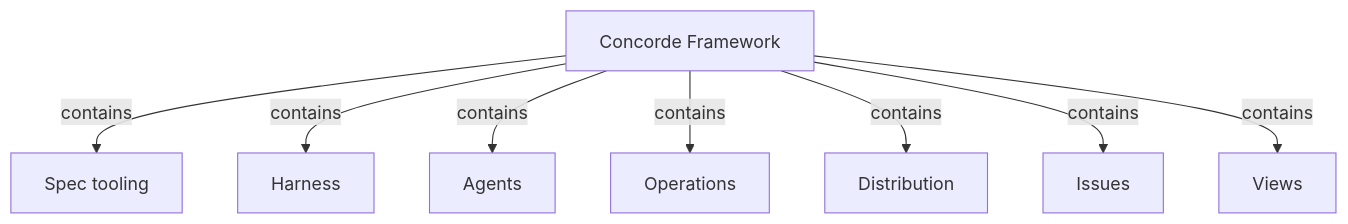
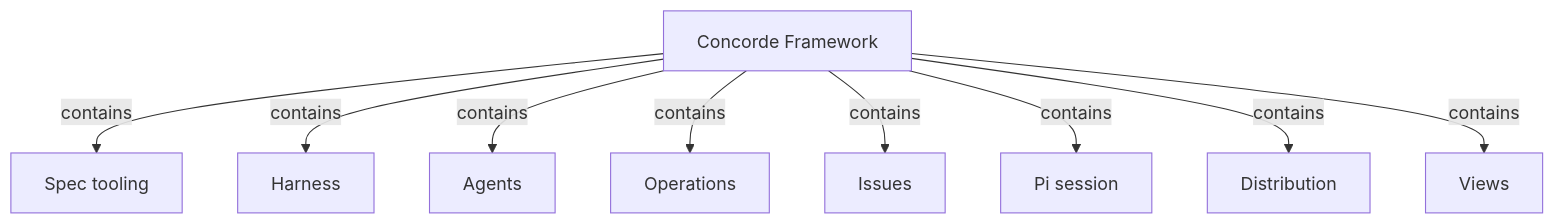
One commit to FTOD/concorde changed the first of 2 diagrams in specs/concorde/module.md. Above: the diagram before and after it, drawn with Mermaid. The commit also changed other lines of this file and 213 other files, not shown here.

First line of the commit message:
Rewrite Concorde's Specs for the layered architecture

````diff
--- a/specs/concorde/module.md
+++ b/specs/concorde/module.md
@@ -94,20 +223,22 @@
 ```mermaid
 flowchart TB
     accTitle: The Modules of the Concorde Framework
-    accDescr: The root Module contains seven Modules. Harness and Operations are themselves composites.
+    accDescr: The root Module contains eight Modules; Harness and Operations are themselves composites.
     root[Concorde Framework]
     spec[Spec tooling]
     harness[Harness]
     agents[Agents]
     operations[Operations]
+    issues[Issues]
+    session[Pi session]
     distribution[Distribution]
-    issues[Issues]
     views[Views]
     root -->|contains| spec
     root -->|contains| harness
     root -->|contains| agents
     root -->|contains| operations
+    root -->|contains| issues
+    root -->|contains| session
     root -->|contains| distribution
-    root -->|contains| issues
     root -->|contains| views
 ```
````
